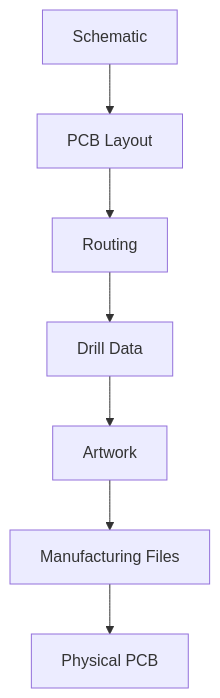
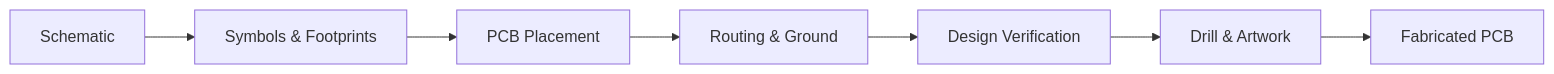
Before and after one commit to tharhtetnyan/finger-ecg-board: the second of 2 diagrams in README.md, drawn with Mermaid. The commit also changed other lines of this file, not shown here.

````diff
--- a/README.md
+++ b/README.md
@@ -257,9 +81,9 @@
 ```mermaid
-flowchart TD
-    A[Schematic] --> B[PCB Layout]
-    B --> C[Routing]
-    C --> D[Drill Data]
-    D --> E[Artwork]
-    E --> F[Manufacturing Files]
-    F --> G[Physical PCB]
+flowchart LR
+    A[Schematic] --> B[Symbols & Footprints]
+    B --> C[PCB Placement]
+    C --> D[Routing & Ground]
+    D --> E[Design Verification]
+    E --> F[Drill & Artwork]
+    F --> G[Fabricated PCB]
 ```
````
